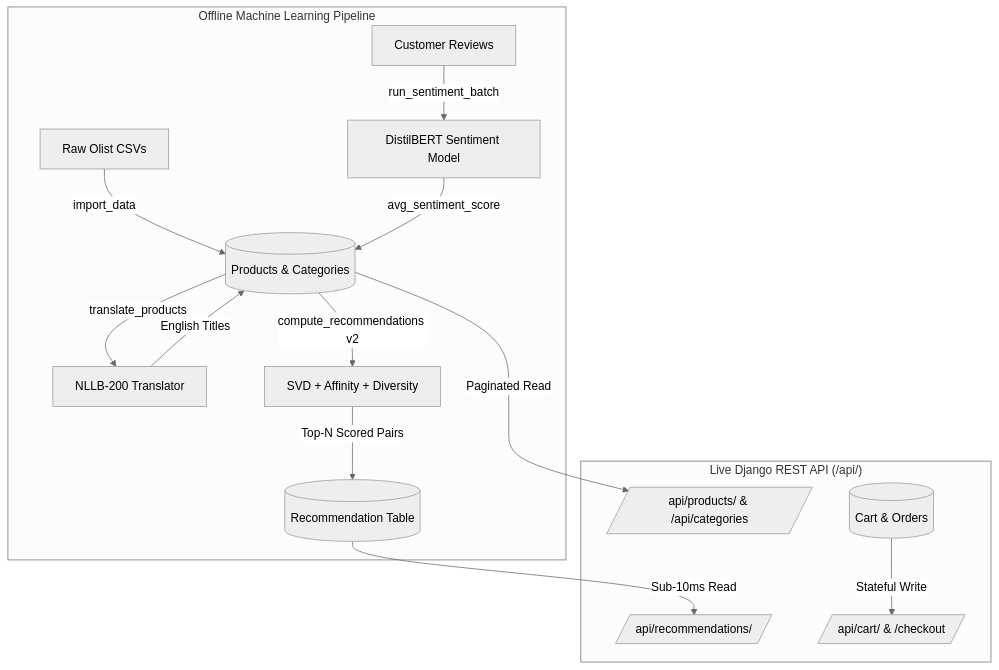
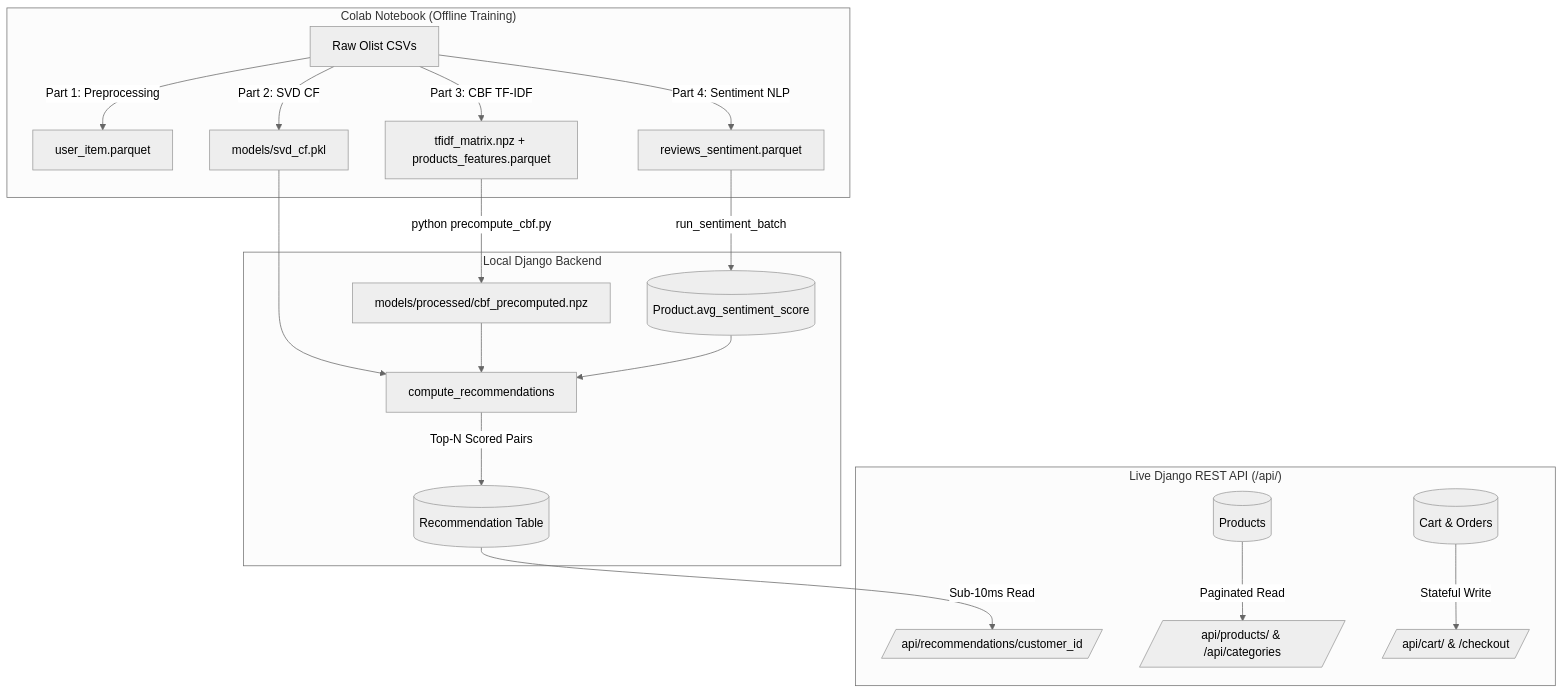
One commit to AyobBleblo/NLP-for-Olist-dataset changed the diagram in TEAM_BACKEND_GUIDE.md. Above: the diagram before and after it, drawn with Mermaid (neutral theme). The commit also changed other lines of this file and 4 other files, not shown here.

Commit message:
feat: upgrade recommendation engine to v3 - real CBF TF-IDF from Colab Part 3

````diff
--- a/TEAM_BACKEND_GUIDE.md
+++ b/TEAM_BACKEND_GUIDE.md
@@ -26,18 +26,24 @@
 ```mermaid
 flowchart TD
-    subgraph Offline ["Offline Machine Learning Pipeline"]
-        A[Raw Olist CSVs] -->|import_data| B[(Products & Categories)]
-        B -->|translate_products| C[NLLB-200 Translator]
-        C -->|English Titles| B
-        D[Customer Reviews] -->|run_sentiment_batch| E[DistilBERT Sentiment Model]
-        E -->|avg_sentiment_score| B
-        B -->|compute_recommendations v2| F[SVD + Affinity + Diversity]
-        F -->|Top-N Scored Pairs| G[(Recommendation Table)]
+    subgraph Colab ["Colab Notebook (Offline Training)"]
+        A[Raw Olist CSVs] -->|Part 1: Preprocessing| B[user_item.parquet]
+        A -->|Part 2: SVD CF| C[models/svd_cf.pkl]
+        A -->|Part 3: CBF TF-IDF| D[tfidf_matrix.npz + products_features.parquet]
+        A -->|Part 4: Sentiment NLP| E[reviews_sentiment.parquet]
+    end
+
+    subgraph Local ["Local Django Backend"]
+        D -->|python precompute_cbf.py| F[models/processed/cbf_precomputed.npz]
+        C --> G[compute_recommendations]
+        F --> G
+        E -->|run_sentiment_batch| H[(Product.avg_sentiment_score)]
+        H --> G
+        G -->|Top-N Scored Pairs| I[(Recommendation Table)]
     end
 
     subgraph Online ["Live Django REST API (/api/)"]
-        G -->|Sub-10ms Read| H[/api/recommendations/<customer_id>/]
-        B -->|Paginated Read| I[/api/products/ & /api/categories/]
-        J[(Cart & Orders)] -->|Stateful Write| K[/api/cart/ & /checkout/]
+        I -->|Sub-10ms Read| J[/api/recommendations/customer_id/]
+        K[(Products)] -->|Paginated Read| L[/api/products/ & /api/categories/]
+        M[(Cart & Orders)] -->|Stateful Write| N[/api/cart/ & /checkout/]
     end
 ```
````
